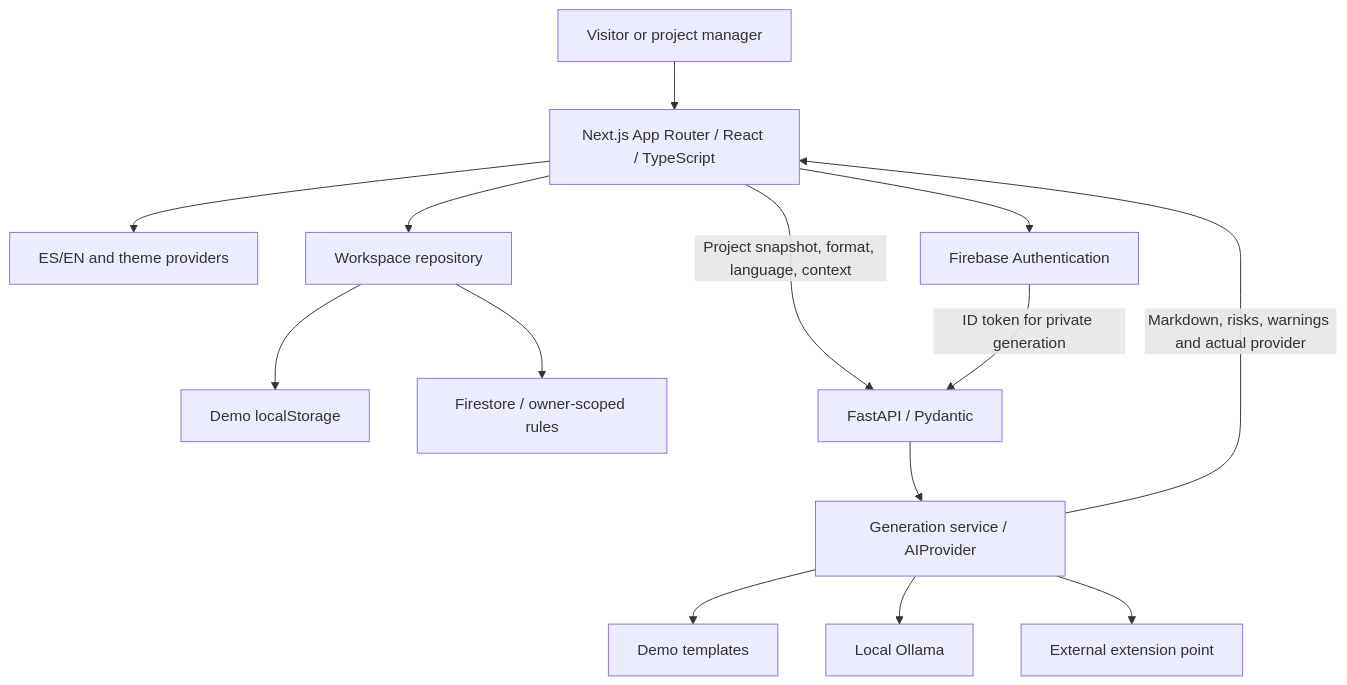
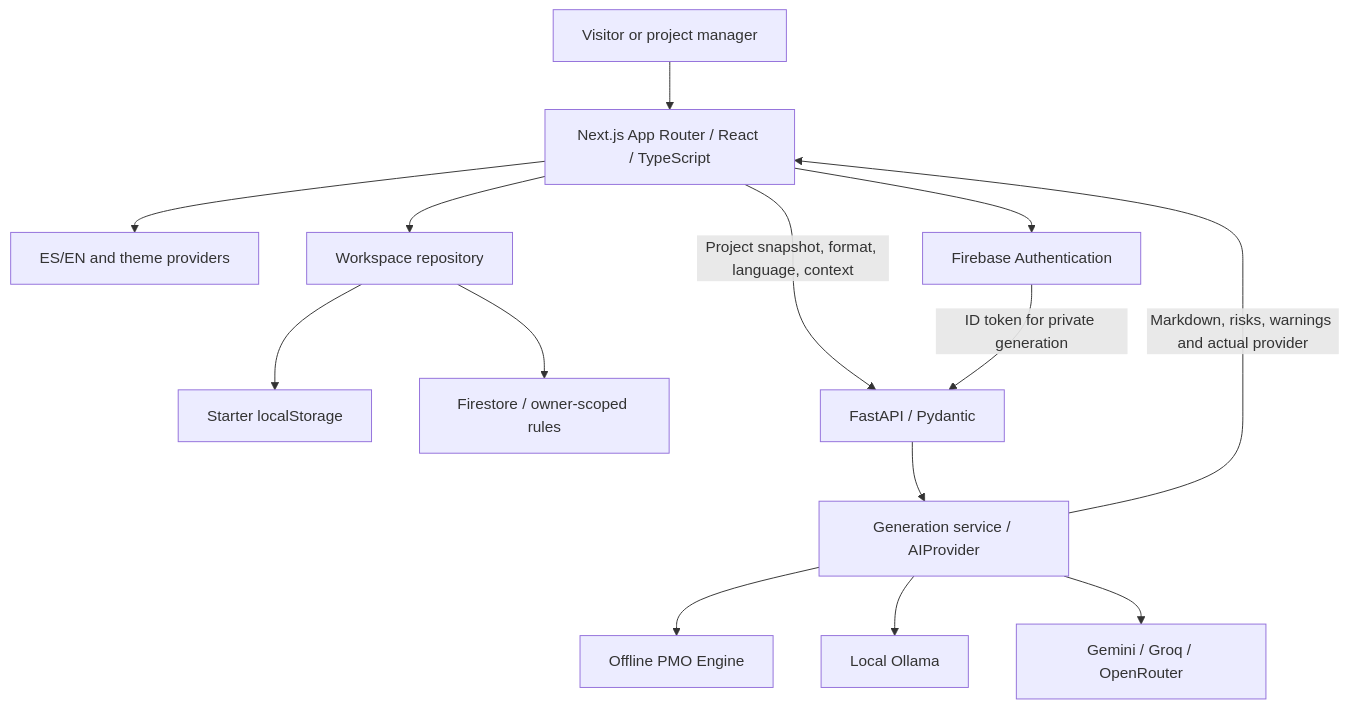
The first of 2 diagrams in docs/architecture.md (i22remua/pmo-compass-ai), drawn with Mermaid before and after one commit. The commit also changed other lines of this file and 99 other files, not shown here.

````diff
--- a/docs/architecture.md
+++ b/docs/architecture.md
@@ -7,16 +7,16 @@
 ```mermaid
 flowchart TB
     Visitor[Visitor or project manager] --> UI[Next.js App Router / React / TypeScript]
     UI --> Locale[ES/EN and theme providers]
     UI --> Auth[Firebase Authentication]
     UI --> Repo[Workspace repository]
-    Repo --> Local[Demo localStorage]
+    Repo --> Local[Starter localStorage]
     Repo --> Firestore[Firestore / owner-scoped rules]
     UI -->|Project snapshot, format, language, context| API[FastAPI / Pydantic]
     Auth -->|ID token for private generation| API
     API --> Service[Generation service / AIProvider]
-    Service --> Demo[Demo templates]
+    Service --> Offline[Offline PMO Engine]
     Service --> Ollama[Local Ollama]
-    Service --> External[External extension point]
+    Service --> External[Gemini / Groq / OpenRouter]
     Service -->|Markdown, risks, warnings and actual provider| UI
 ```
````
